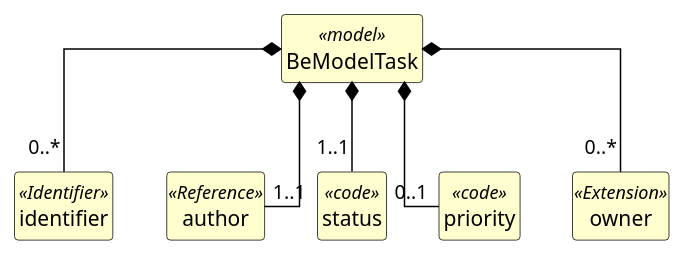
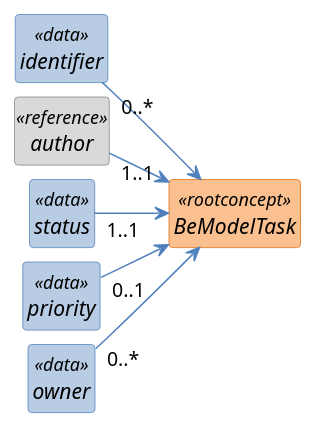
The diagram in exports/diagrams/BeModelTask-uml.puml (caresets/caresets-src), drawn with PlantUML before and after one commit. The commit also changed 287 other files, not shown here.

```diff
--- a/exports/diagrams/BeModelTask-uml.puml
+++ b/exports/diagrams/BeModelTask-uml.puml
@@ -1,38 +1,45 @@
 @startuml
+left to right direction
 skinparam shadowing false
+skinparam nodesep 10
+skinparam ranksep 40
 skinparam classAttributeIconSize 0
-skinparam linetype ortho
 skinparam class {
-  BackgroundColor #FEFECE
-  BorderColor #000000
-  ArrowColor #000000
-  FontStyle bold
-  AttributeFontStyle normal
+  FontStyle italic
+  BackgroundColor<<rootconcept>> #FAC08F
+  BorderColor<<rootconcept>> #E36C0A
+  BackgroundColor<<data>> #B8CCE4
+  BorderColor<<data>> #4F81BD
+  BackgroundColor<<reference>> #D9D9D9
+  BorderColor<<reference>> #808080
+  BackgroundColor<<value set>> #C3D69B
+  BorderColor<<value set>> #77933C
+  ArrowColor #4F81BD
 }
 hide circle
 hide empty members
 
-class "BeModelTask" as BeModelTask <<model>> {
+class "BeModelTask" as BeModelTask <<rootconcept>> {
 }
 
-class "identifier" as BeModelTask_identifier <<Identifier>> {
+class "identifier" as BeModelTask_identifier <<data>> {
 }
 
-class "author" as BeModelTask_author <<Reference>> {
+class "author" as BeModelTask_author <<reference>> {
 }
 
-class "status" as BeModelTask_status <<code>> {
+class "status" as BeModelTask_status <<data>> {
 }
 
-class "priority" as BeModelTask_priority <<code>> {
+class "priority" as BeModelTask_priority <<data>> {
 }
 
-class "owner" as BeModelTask_owner <<Extension>> {
+class "owner" as BeModelTask_owner <<data>> {
 }
 
-BeModelTask *-- "0..*" BeModelTask_identifier
-BeModelTask *-- "1..1" BeModelTask_author
-BeModelTask *-- "1..1" BeModelTask_status
-BeModelTask *-- "0..1" BeModelTask_priority
-BeModelTask *-- "0..*" BeModelTask_owner
+BeModelTask_identifier "0..*" --> BeModelTask
+BeModelTask_author "1..1" --> BeModelTask
+BeModelTask_status "1..1" --> BeModelTask
+BeModelTask_priority "0..1" --> BeModelTask
+BeModelTask_owner "0..*" --> BeModelTask
 @enduml
```
